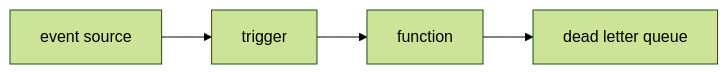
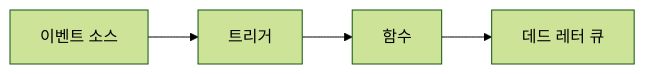
Before and after one commit to yeongseon-books/book-content: the diagram in content/serverless-101/ko/03-trigger-and-event.md, drawn with Mermaid (forest theme). The commit also changed other lines of this file and 3 other files, not shown here.

````diff
--- a/content/serverless-101/ko/03-trigger-and-event.md
+++ b/content/serverless-101/ko/03-trigger-and-event.md
@@ -33,6 +55,6 @@
 ```mermaid
 flowchart LR
-    Source["event source"] --> Trigger["trigger"]
-    Trigger --> Func["function"]
-    Func --> DLQ["dead letter queue"]
+    Source["이벤트 소스"] --> Trigger["트리거"]
+    Trigger --> Func["함수"]
+    Func --> DLQ["데드 레터 큐"]
 ```
````
